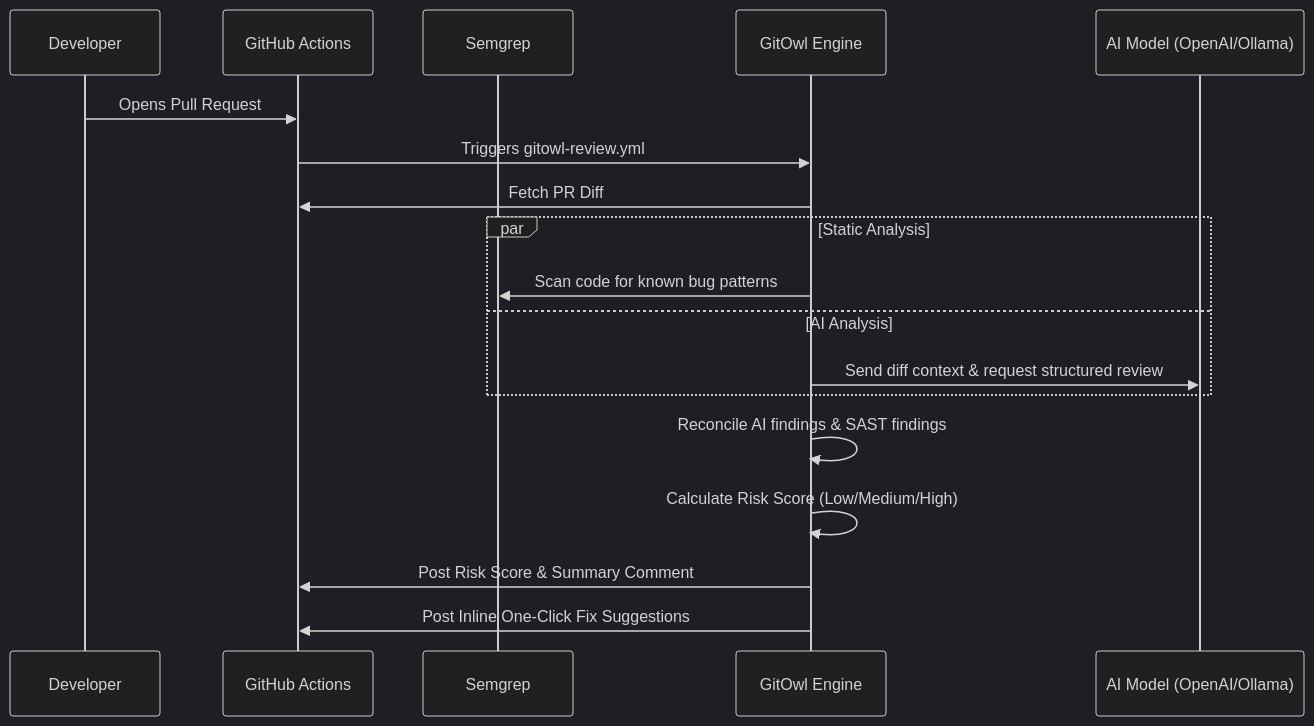
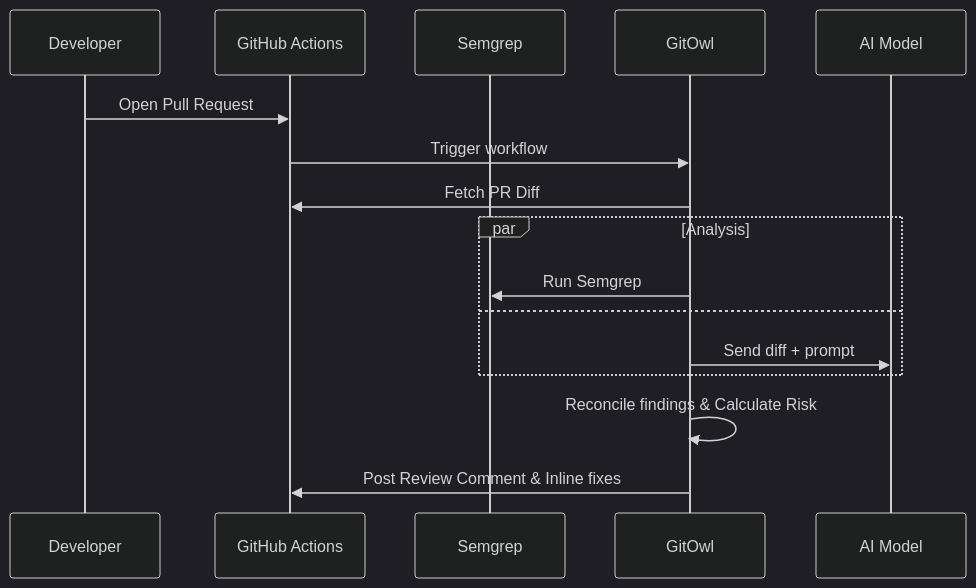
One commit to MarutiDubey/GitOwl changed the diagram in README.md. Above: the diagram before and after it, drawn with Mermaid (dark theme). The commit also changed other lines of this file and 7 other files, not shown here.

````diff
--- a/README.md
+++ b/README.md
@@ -74,21 +69,19 @@
 ```mermaid
 sequenceDiagram
     participant Dev as Developer
     participant GH as GitHub Actions
     participant SAST as Semgrep
-    participant Engine as GitOwl Engine
-    participant AI as AI Model (OpenAI/Ollama)
+    participant Engine as GitOwl
+    participant AI as AI Model
     
-    Dev->>GH: Opens Pull Request
-    GH->>Engine: Triggers gitowl-review.yml
+    Dev->>GH: Open Pull Request
+    GH->>Engine: Trigger workflow
     Engine->>GH: Fetch PR Diff
-    par Static Analysis
-        Engine->>SAST: Scan code for known bug patterns
-    and AI Analysis
-        Engine->>AI: Send diff context & request structured review
+    par Analysis
+        Engine->>SAST: Run Semgrep
+    and 
+        Engine->>AI: Send diff + prompt
     end
-    Engine->>Engine: Reconcile AI findings & SAST findings
-    Engine->>Engine: Calculate Risk Score (Low/Medium/High)
-    Engine->>GH: Post Risk Score & Summary Comment
-    Engine->>GH: Post Inline One-Click Fix Suggestions
+    Engine->>Engine: Reconcile findings & Calculate Risk
+    Engine->>GH: Post Review Comment & Inline fixes
 ```
````
